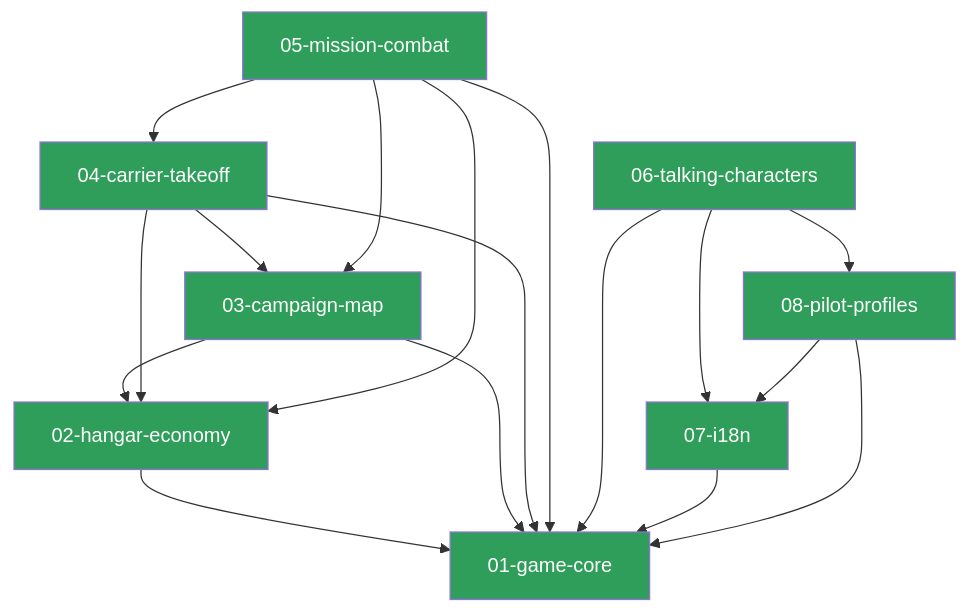
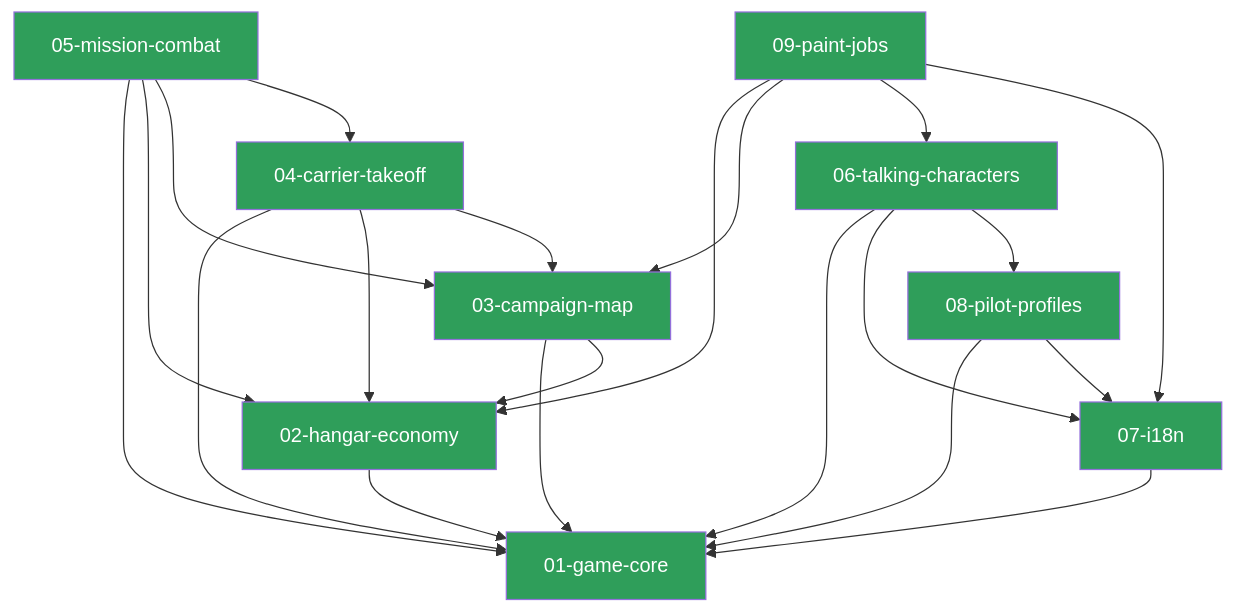
Before and after one commit to JanderHungrige/TopRun: the diagram in .mdd/connections.md, drawn with Mermaid. The commit also changed other lines of this file and 75 other files, not shown here.

````diff
--- a/.mdd/connections.md
+++ b/.mdd/connections.md
@@ -28,31 +29,36 @@
 ```mermaid
 graph TD
   core[01-game-core]:::complete
   hangar[02-hangar-economy]:::complete
   map[03-campaign-map]:::complete
   takeoff[04-carrier-takeoff]:::complete
   mission[05-mission-combat]:::complete
   chars[06-talking-characters]:::complete
   i18n[07-i18n]:::complete
   pilots[08-pilot-profiles]:::complete
+  paint[09-paint-jobs]:::complete
   hangar --> core
   map --> core
   map --> hangar
   takeoff --> core
   takeoff --> hangar
   takeoff --> map
   mission --> core
   mission --> hangar
   mission --> map
   mission --> takeoff
   chars --> core
   chars --> i18n
   chars --> pilots
   i18n --> core
   pilots --> core
   pilots --> i18n
+  paint --> hangar
+  paint --> map
+  paint --> chars
+  paint --> i18n
   classDef complete fill:#2f9e5a,color:#fff
   classDef in_progress fill:#d39b1f,color:#000
   classDef draft fill:#5c6f82,color:#fff
   classDef deprecated fill:#333,color:#aaa
 ```
````
